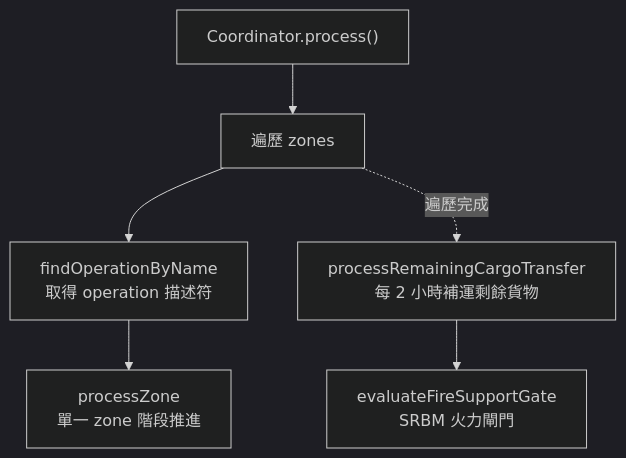
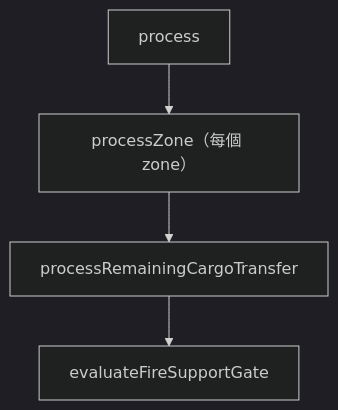
Before and after one commit to pullupjumper/formosa-in-flames: the first of 3 diagrams in docs/landingOps/coordinator.md, drawn with Mermaid (dark theme). The commit also changed other lines of this file and 20 other files, not shown here.

````diff
--- a/docs/landingOps/coordinator.md
+++ b/docs/landingOps/coordinator.md
@@ -23,14 +19,9 @@
 ```mermaid
 flowchart TD
-    PROC["Coordinator.process()"]
-    LOOP["遍歷 zones"]
-    FIND["findOperationByName<br>取得 operation 描述符"]
-    ZONE["processZone<br>單一 zone 階段推進"]
-    RETRANS["processRemainingCargoTransfer<br>每 2 小時補運剩餘貨物"]
-    GATE["evaluateFireSupportGate<br>SRBM 火力閘門"]
+    PROC["process"]
+    ZONE["processZone（每個 zone）"]
+    CARGO["processRemainingCargoTransfer"]
+    GATE["evaluateFireSupportGate"]
 
-    PROC --> LOOP
-    LOOP --> FIND --> ZONE
-    LOOP -.->|遍歷完成| RETRANS
-    RETRANS --> GATE
+    PROC --> ZONE --> CARGO --> GATE
 ```
````
